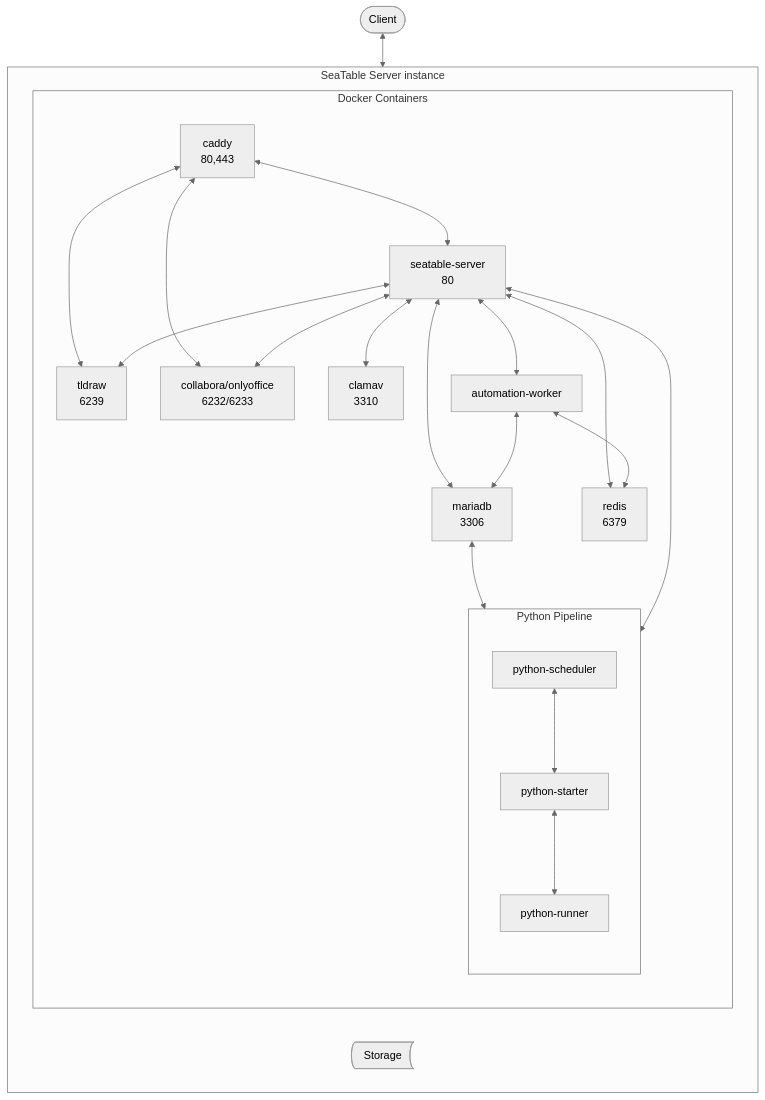
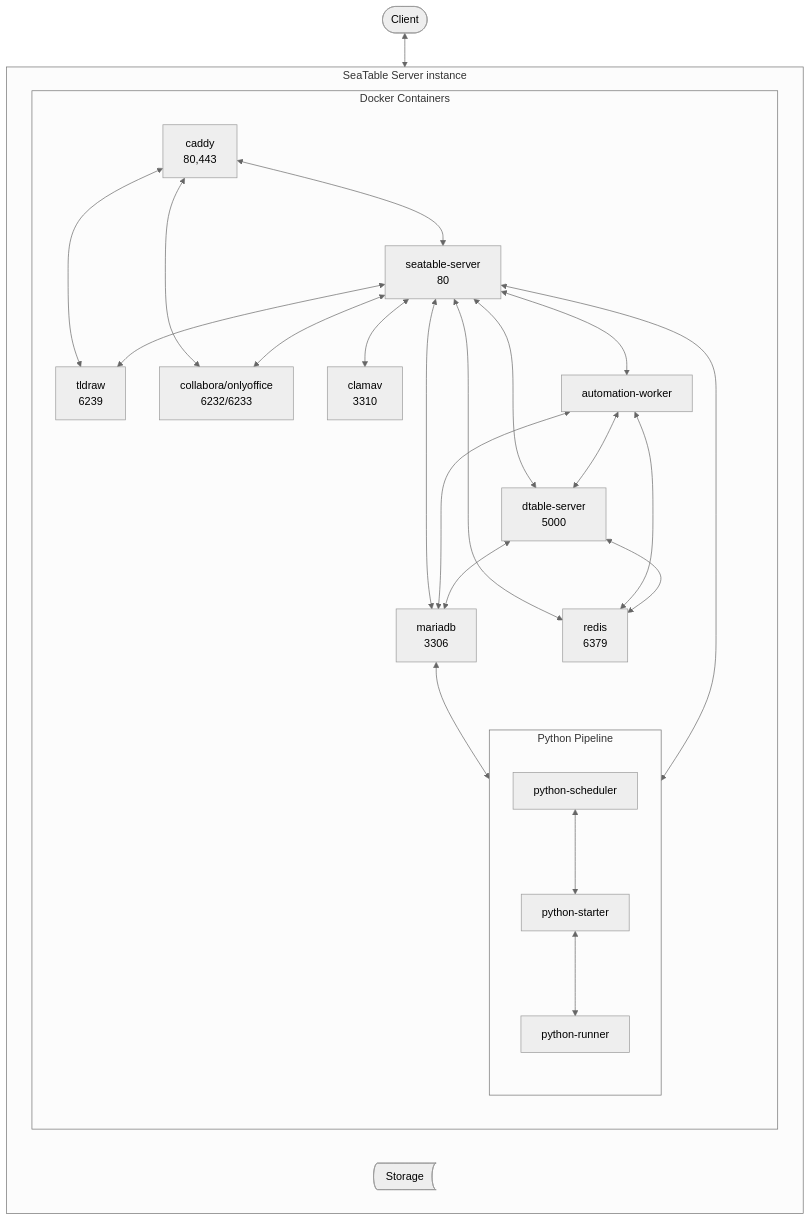
Before and after one commit to seatable/seatable-admin-docs: the second of 3 diagrams in docs/introduction/architecture.md, drawn with Mermaid (neutral theme). The commit also changed other lines of this file and 1 other file, not shown here.

Commit message:
Update architecture documentation

````diff
--- a/docs/introduction/architecture.md
+++ b/docs/introduction/architecture.md
@@ -41,41 +46,46 @@
 ```mermaid
 flowchart TB
     Client@{ shape: pill, label: "Client"}
     Client<-->C
     subgraph s[SeaTable Server instance]
         direction LR
         subgraph d[Docker Containers]
             direction TB
             C[caddy<br/>80,443]
             SS[seatable-server<br/>80]
             MDB[mariadb<br/>3306]
             R[redis<br/>6379]
             OO[collabora/onlyoffice<br/>6232/6233]
             Tld[tldraw<br/>6239]
             CAV[clamav<br/>3310]
             PSc[python-scheduler]
             PSt[python-starter]
             PR[python-runner]
             AW[automation-worker]
+            DS[dtable-server<br/>5000]
             C<-->SS
             C<-->Tld
             C<-->OO
             SS<-->MDB
             MDB<-->PSc
                subgraph p[Python Pipeline]
                   direction TB
                   PSc<-->PSt
                   PSt<-->PR
                end
             SS<-->R
             SS<-->OO
             SS<-->Tld
             SS<-->CAV
             SS<-->PSc
             SS<-->AW
+            SS<-->DS
             AW<-->MDB
             AW<-->R
+            AW<-->DS
+            DS<-->MDB
+            DS<-->R
         end
         F@{ shape: bow-rect, label: "Storage"}
     end
 ```
````
